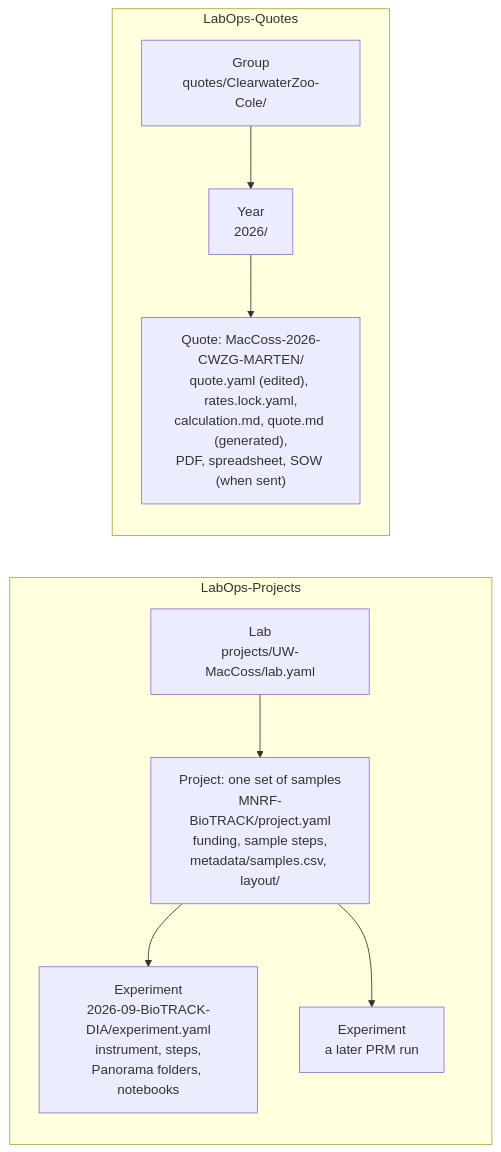
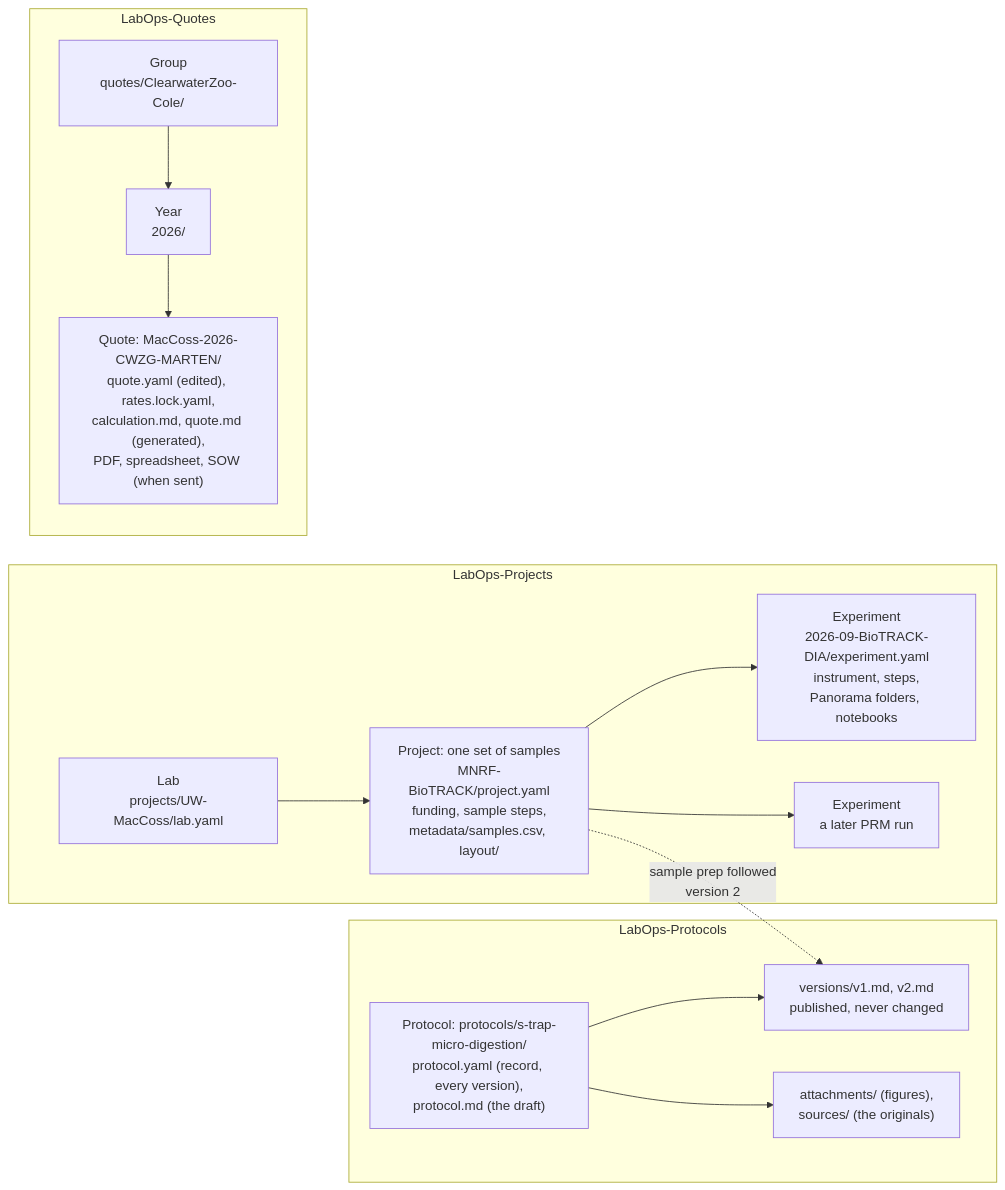
Before and after one commit to uw-maccosslab/LabOps: the fifth of 6 diagrams in docs/architecture.md, drawn with Mermaid. The commit also changed other lines of this file and 39 other files, not shown here.

First line of the commit message:
Protocols: the lab's protocols, every version, and the version each step followed

````diff
--- a/docs/architecture.md
+++ b/docs/architecture.md
@@ -205,19 +216,29 @@
 ```mermaid
 flowchart LR
     subgraph labProjects["LabOps-Projects"]
         lab["Lab<br/>projects/UW-MacCoss/lab.yaml"]
         project["Project: one set of samples<br/>MNRF-BioTRACK/project.yaml<br/>funding, sample steps,<br/>metadata/samples.csv, layout/"]
         dia["Experiment<br/>2026-09-BioTRACK-DIA/experiment.yaml<br/>instrument, steps,<br/>Panorama folders, notebooks"]
         prm["Experiment<br/>a later PRM run"]
         lab --> project
         project --> dia
         project --> prm
     end
 
     subgraph servicesQuotes["LabOps-Quotes"]
         group["Group<br/>quotes/ClearwaterZoo-Cole/"]
         year["Year<br/>2026/"]
         quote["Quote: MacCoss-2026-CWZG-MARTEN/<br/>quote.yaml (edited), rates.lock.yaml,<br/>calculation.md, quote.md (generated),<br/>PDF, spreadsheet, SOW (when sent)"]
         group --> year --> quote
     end
+
+    subgraph labProtocols["LabOps-Protocols"]
+        protocol["Protocol: protocols/s-trap-micro-digestion/<br/>protocol.yaml (record, every version),<br/>protocol.md (the draft)"]
+        versions["versions/v1.md, v2.md<br/>published, never changed"]
+        files["attachments/ (figures),<br/>sources/ (the originals)"]
+        protocol --> versions
+        protocol --> files
+    end
+
+    project -. "sample prep followed<br/>version 2" .-> versions
 ```
````
